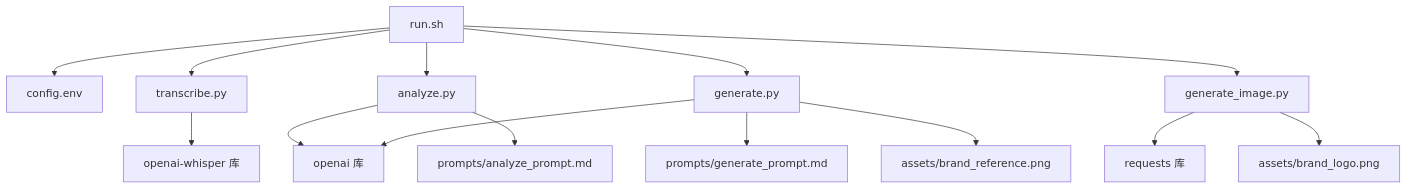
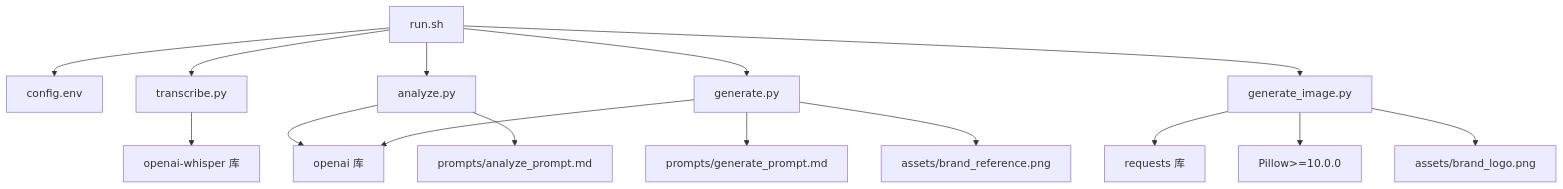
Before and after one commit to WongMingJiu/landingpage-test-hero-page: the seventh of 7 diagrams in .qoder/repowiki/zh/content/配置和定制/API配置.md, drawn with Mermaid. The commit also changed other lines of this file and 12 other files, not shown here.

````diff
--- a/.qoder/repowiki/zh/content/配置和定制/API配置.md
+++ b/.qoder/repowiki/zh/content/配置和定制/API配置.md
@@ -398,16 +409,17 @@
 ```mermaid
 graph TB
 R["run.sh"] --> C["config.env"]
 R --> T["transcribe.py"]
 R --> A["analyze.py"]
 R --> G["generate.py"]
 R --> GI["generate_image.py"]
 A --> O["openai 库"]
 G --> O
 GI --> REQ["requests 库"]
 T --> W["openai-whisper 库"]
+GI --> PIL["Pillow>=10.0.0"]
 A --> P1["prompts/analyze_prompt.md"]
 G --> P2["prompts/generate_prompt.md"]
 G --> BR["assets/brand_reference.png"]
 GI --> BL["assets/brand_logo.png"]
 ```
````
